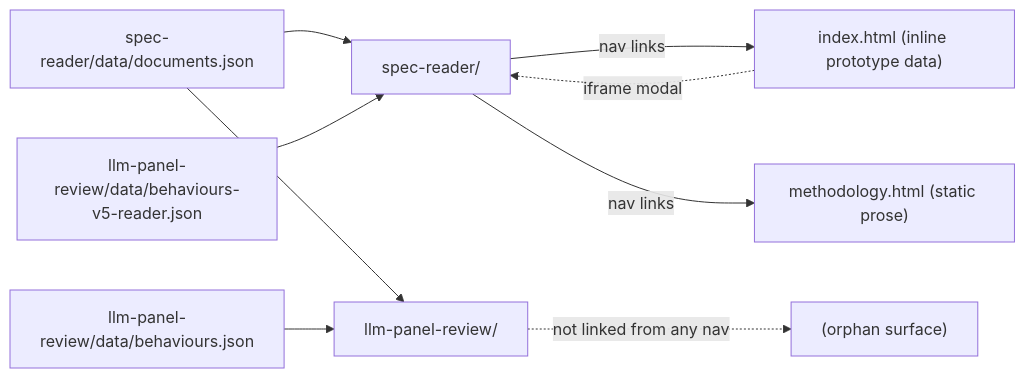
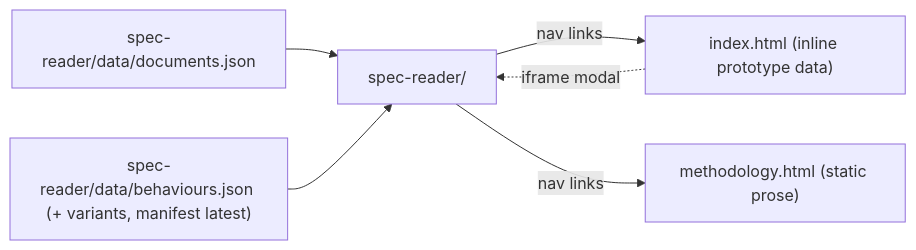
One commit to AndresCotton/ai-character-index changed the diagram in site/OVERVIEW.md. Above: the diagram before and after it, drawn with Mermaid. The commit also changed other lines of this file and 19 other files, not shown here.

First line of the commit message:
docs: bring every surface current with the reader consolidation

````diff
--- a/site/OVERVIEW.md
+++ b/site/OVERVIEW.md
@@ -28,12 +27,9 @@
 ```mermaid
 graph LR
   docpayload["spec-reader/data/documents.json"] --> reader["spec-reader/"]
-  benchdata["llm-panel-review/data/behaviours-v5-reader.json"] --> reader
-  docpayload --> panel["llm-panel-review/"]
-  paneldata["llm-panel-review/data/behaviours.json"] --> panel
+  payload["spec-reader/data/behaviours.json (+ variants, manifest latest)"] --> reader
   index["index.html (inline prototype data)"] -.->|iframe modal| reader
   methodology["methodology.html (static prose)"]
   reader -->|nav links| index
   reader -->|nav links| methodology
-  panel -.->|not linked from any nav| nowhere["(orphan surface)"]
 ```
````
